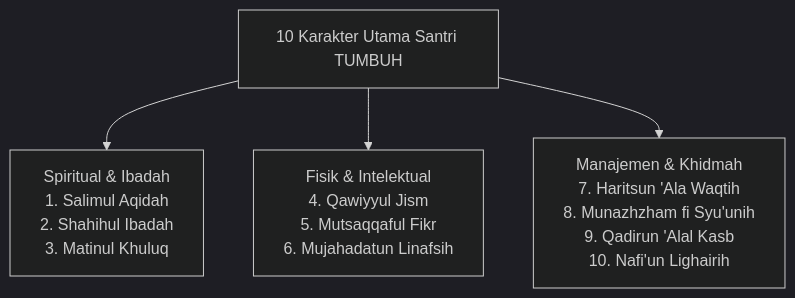
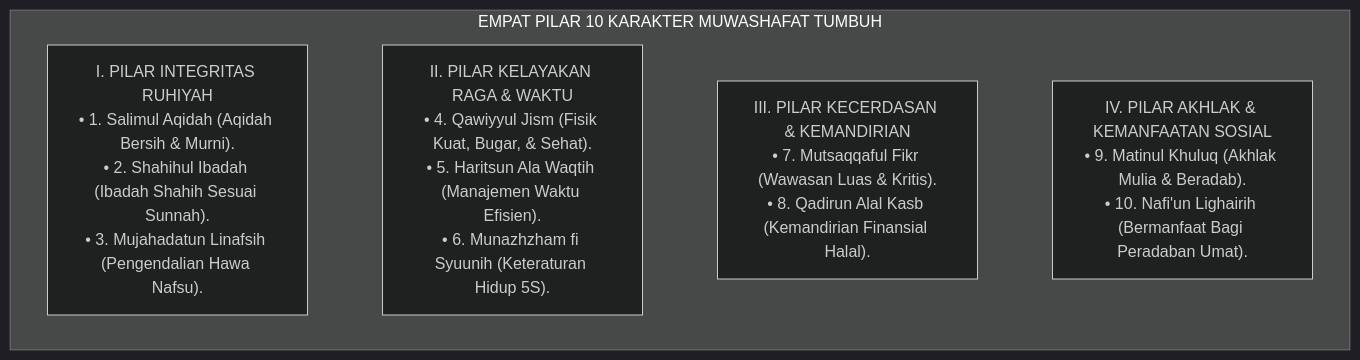
Before and after one commit to wandiapriliyandi/tumbuh: the sixth of 6 diagrams in 04 Progression Framework/04 Mastery Progression/P4-04-03-Matriks-Internalisasi-10-Karakter-Muwashafat.md, drawn with Mermaid (dark theme). The commit also changed other lines of this file and 6 other files, not shown here.

````diff
--- a/04 Progression Framework/04 Mastery Progression/P4-04-03-Matriks-Internalisasi-10-Karakter-Muwashafat.md
+++ b/04 Progression Framework/04 Mastery Progression/P4-04-03-Matriks-Internalisasi-10-Karakter-Muwashafat.md
@@ -14,7 +163,14 @@
 ```mermaid
-graph TD
-    C10_Mastery["10 Karakter Utama Santri TUMBUH"]
-    C10_Mastery --> Spiritual["Spiritual & Ibadah<br/>1. Salimul Aqidah<br/>2. Shahihul Ibadah<br/>3. Matinul Khuluq"]
-    C10_Mastery --> Personal["Fisik & Intelektual<br/>4. Qawiyyul Jism<br/>5. Mutsaqqaful Fikr<br/>6. Mujahadatun Linafsih"]
-    C10_Mastery --> Management["Manajemen & Khidmah<br/>7. Haritsun 'Ala Waqtih<br/>8. Munazhzham fi Syu'unih<br/>9. Qadirun 'Alal Kasb<br/>10. Nafi'un Lighairih"]
+flowchart TD
+    subgraph ArsitekturSepuluhKarakter["EMPAT PILAR 10 KARAKTER MUWASHAFAT TUMBUH"]
+        PilarRuh["I. PILAR INTEGRITAS RUHIYAH<br/>• 1. Salimul Aqidah (Aqidah Bersih & Murni).<br/>• 2. Shahihul Ibadah (Ibadah Shahih Sesuai Sunnah).<br/>• 3. Mujahadatun Linafsih (Pengendalian Hawa Nafsu)."]
+        
+        PilarFisik["II. PILAR KELAYAKAN RAGA & WAKTU<br/>• 4. Qawiyyul Jism (Fisik Kuat, Bugar, & Sehat).<br/>• 5. Haritsun Ala Waqtih (Manajemen Waktu Efisien).<br/>• 6. Munazhzham fi Syuunih (Keteraturan Hidup 5S)."]
+        
+        PilarAkal["III. PILAR KECERDASAN & KEMANDIRIAN<br/>• 7. Mutsaqqaful Fikr (Wawasan Luas & Kritis).<br/>• 8. Qadirun Alal Kasb (Kemandirian Finansial Halal)."]
+        
+        PilarSosial["IV. PILAR AKHLAK & KEMANFAATAN SOSIAL<br/>• 9. Matinul Khuluq (Akhlak Mulia & Beradab).<br/>• 10. Nafi'un Lighairih (Bermanfaat Bagi Peradaban Umat)."]
+        
+        PilarRuh ~~~ PilarFisik ~~~ PilarAkal ~~~ PilarSosial
+    end
 ```
````
